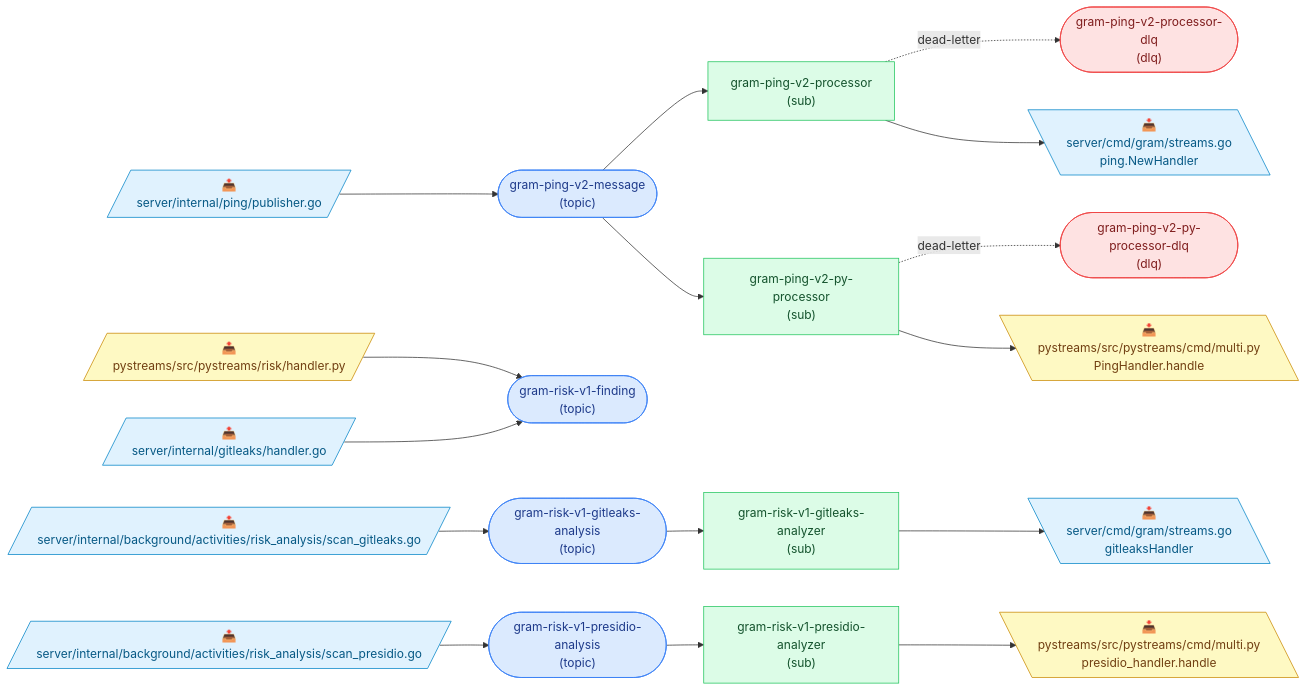
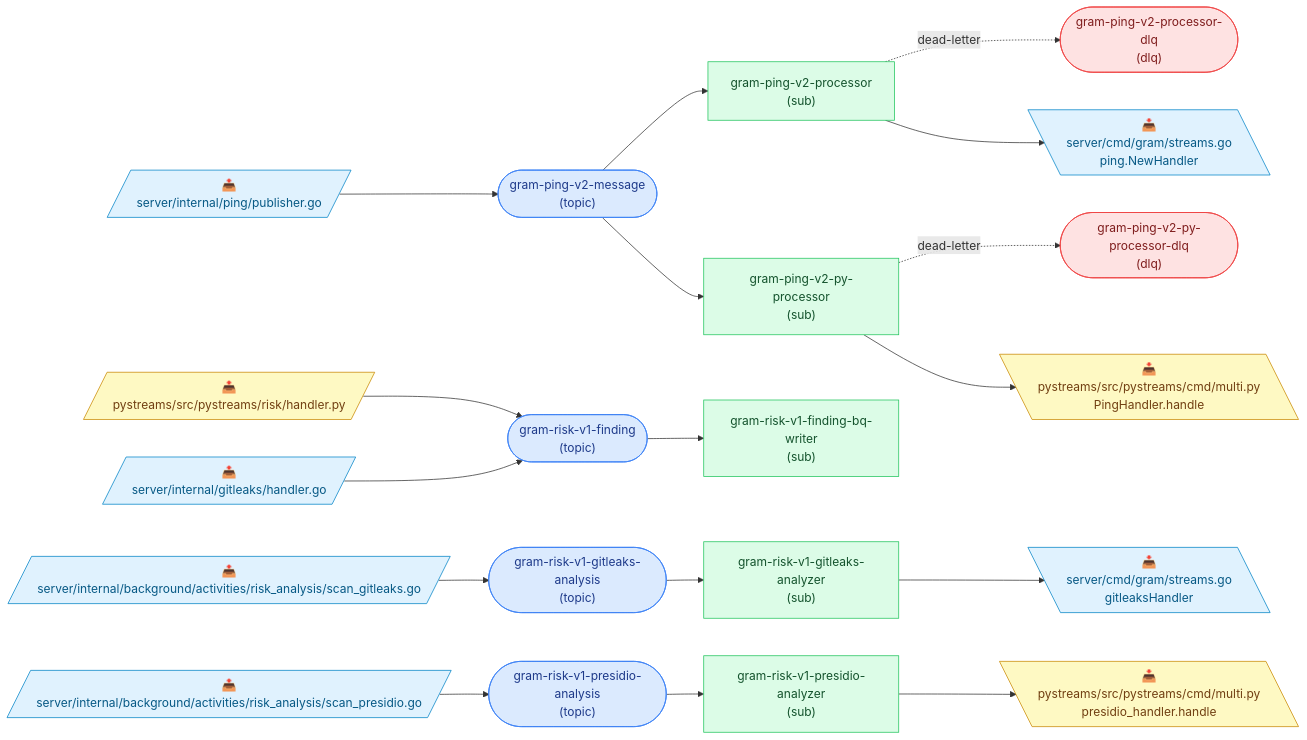
Before and after one commit to speakeasy-api/gram: the diagram in docs/pubsub-topology.md, drawn with Mermaid. The commit also changed other lines of this file and 24 other files, not shown here.

````diff
--- a/docs/pubsub-topology.md
+++ b/docs/pubsub-topology.md
@@ -9,45 +9,47 @@
 ```mermaid
 flowchart LR
   classDef topic fill:#dbeafe,stroke:#3b82f6,color:#1e3a8a;
   classDef dlq fill:#fee2e2,stroke:#ef4444,color:#7f1d1d;
   classDef sub fill:#dcfce7,stroke:#22c55e,color:#14532d;
   classDef go fill:#e0f2fe,stroke:#0284c7,color:#075985;
   classDef python fill:#fef9c3,stroke:#ca8a04,color:#713f12;
   classDef deprecated stroke-dasharray:4 3,opacity:0.55;
 
   t_gram_ping_v2_message(["gram-ping-v2-message<br/>(topic)"]):::topic
   t_gram_ping_v2_processor_dlq(["gram-ping-v2-processor-dlq<br/>(dlq)"]):::dlq
   t_gram_ping_v2_py_processor_dlq(["gram-ping-v2-py-processor-dlq<br/>(dlq)"]):::dlq
   t_gram_risk_v1_finding(["gram-risk-v1-finding<br/>(topic)"]):::topic
   t_gram_risk_v1_gitleaks_analysis(["gram-risk-v1-gitleaks-analysis<br/>(topic)"]):::topic
   t_gram_risk_v1_presidio_analysis(["gram-risk-v1-presidio-analysis<br/>(topic)"]):::topic
   s_gram_ping_v2_processor["gram-ping-v2-processor<br/>(sub)"]:::sub
   s_gram_ping_v2_py_processor["gram-ping-v2-py-processor<br/>(sub)"]:::sub
+  s_gram_risk_v1_finding_bq_writer["gram-risk-v1-finding-bq-writer<br/>(sub)"]:::sub
   s_gram_risk_v1_gitleaks_analyzer["gram-risk-v1-gitleaks-analyzer<br/>(sub)"]:::sub
   s_gram_risk_v1_presidio_analyzer["gram-risk-v1-presidio-analyzer<br/>(sub)"]:::sub
 
   p0[/"📤<br/>server/internal/ping/publisher.go"/]:::go
   p0 --> t_gram_ping_v2_message
   p1[/"📤<br/>pystreams/src/pystreams/risk/handler.py"/]:::python
   p1 --> t_gram_risk_v1_finding
   p2[/"📤<br/>server/internal/gitleaks/handler.go"/]:::go
   p2 --> t_gram_risk_v1_finding
   p3[/"📤<br/>server/internal/background/activities/risk_analysis/scan_gitleaks.go"/]:::go
   p3 --> t_gram_risk_v1_gitleaks_analysis
   p4[/"📤<br/>server/internal/background/activities/risk_analysis/scan_presidio.go"/]:::go
   p4 --> t_gram_risk_v1_presidio_analysis
   t_gram_ping_v2_message --> s_gram_ping_v2_processor
   s_gram_ping_v2_processor -. dead-letter .-> t_gram_ping_v2_processor_dlq
   t_gram_ping_v2_message --> s_gram_ping_v2_py_processor
   s_gram_ping_v2_py_processor -. dead-letter .-> t_gram_ping_v2_py_processor_dlq
+  t_gram_risk_v1_finding --> s_gram_risk_v1_finding_bq_writer
   t_gram_risk_v1_gitleaks_analysis --> s_gram_risk_v1_gitleaks_analyzer
   t_gram_risk_v1_presidio_analysis --> s_gram_risk_v1_presidio_analyzer
   c5[\"📥<br/>server/cmd/gram/streams.go<br/>ping.NewHandler"\]:::go
   s_gram_ping_v2_processor --> c5
   c6[\"📥<br/>pystreams/src/pystreams/cmd/multi.py<br/>PingHandler.handle"\]:::python
   s_gram_ping_v2_py_processor --> c6
   c7[\"📥<br/>server/cmd/gram/streams.go<br/>gitleaksHandler"\]:::go
   s_gram_risk_v1_gitleaks_analyzer --> c7
   c8[\"📥<br/>pystreams/src/pystreams/cmd/multi.py<br/>presidio_handler.handle"\]:::python
   s_gram_risk_v1_presidio_analyzer --> c8
 ```
````
